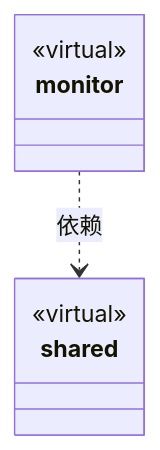
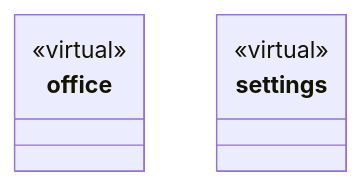
One commit to nan023062/cbim changed the second of 2 diagrams in src/view-new/ARCHITECTURE.md. Above: the diagram before and after it, drawn with Mermaid. The commit also changed other lines of this file and 24 other files, not shown here.

First line of the commit message:
chore: repair test ownership and architecture documentation

````diff
--- a/src/view-new/ARCHITECTURE.md
+++ b/src/view-new/ARCHITECTURE.md
@@ -62,12 +66,11 @@
 ```mermaid
 classDiagram
-class N_a94f7ca21bb9["shared"] {
+class N_3a7479c3194b["office"] {
   <<virtual>>
 }
-click N_a94f7ca21bb9 href "shared/ARCHITECTURE.md"
-class N_c05d0a357d4a["monitor"] {
+click N_3a7479c3194b href "office/ARCHITECTURE.md"
+class N_d63ed31fde81["settings"] {
   <<virtual>>
 }
-click N_c05d0a357d4a href "monitor/ARCHITECTURE.md"
-N_c05d0a357d4a ..> N_a94f7ca21bb9 : 依赖
+click N_d63ed31fde81 href "settings/ARCHITECTURE.md"
 ```
````
